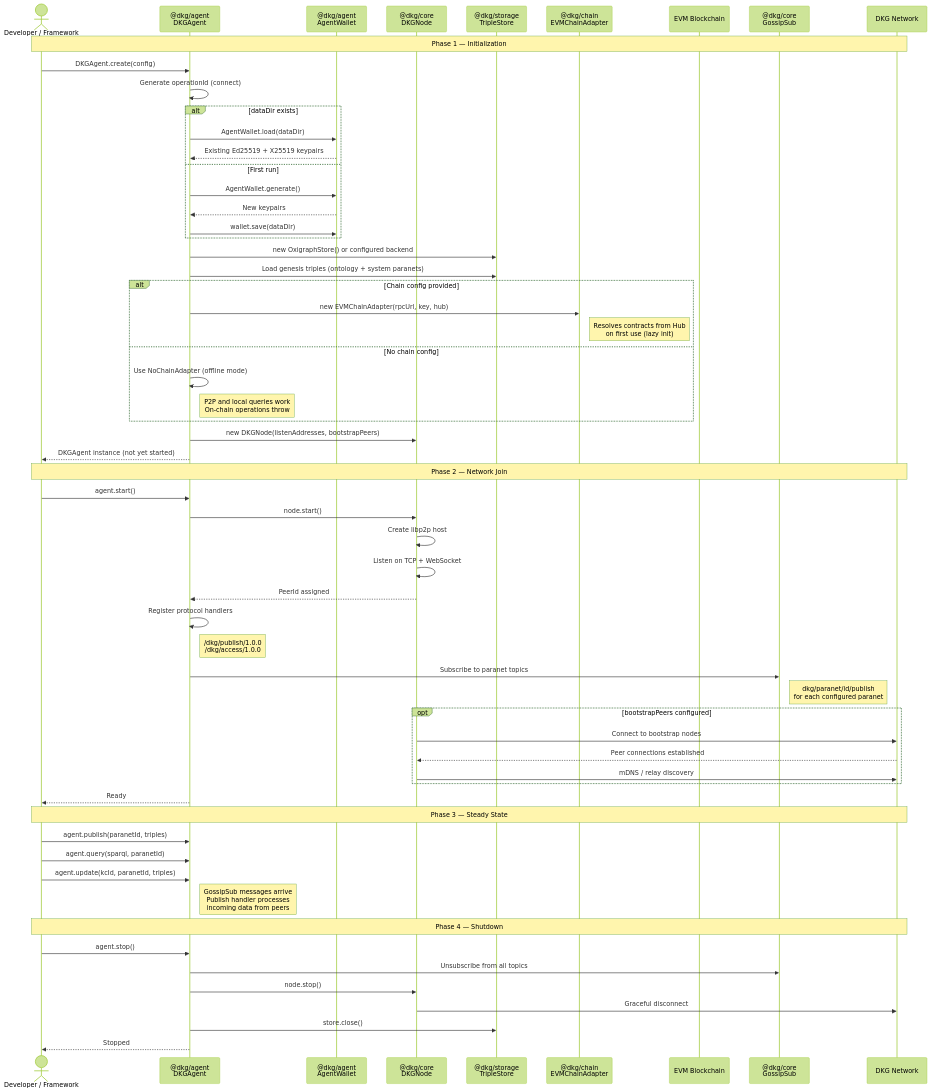
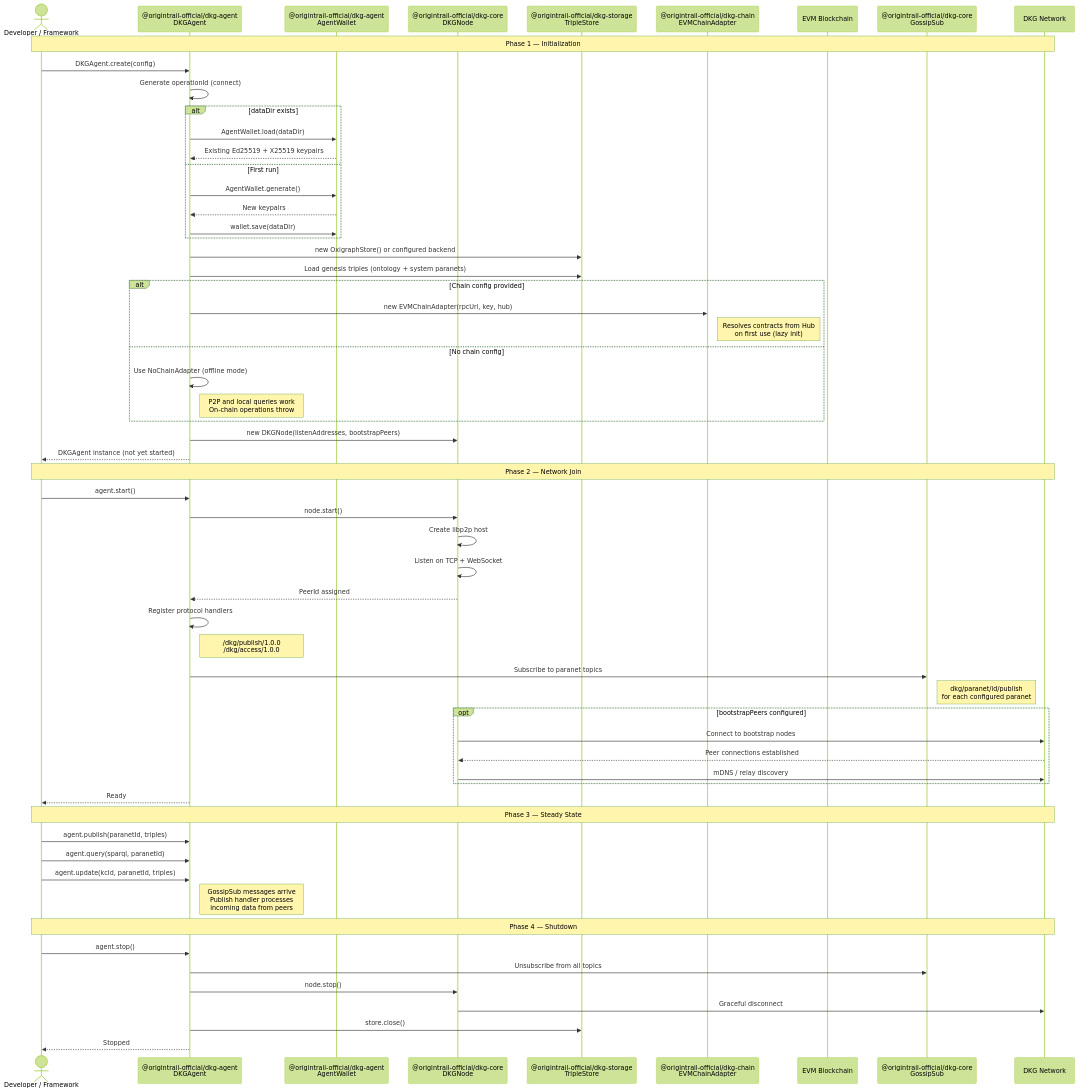
Before and after one commit to OriginTrail/dkg-v9: the diagram in docs/diagrams/agent-lifecycle.md, drawn with Mermaid (forest theme). The commit also changed other lines of this file and 170 other files, not shown here.

First line of the commit message:
feat: rename packages to @origintrail-official scope and prepare npm publishing

````diff
--- a/docs/diagrams/agent-lifecycle.md
+++ b/docs/diagrams/agent-lifecycle.md
@@ -8,79 +8,79 @@
 ```mermaid
 sequenceDiagram
     actor Dev as Developer / Framework
-    participant Agent as @dkg/agent<br/>DKGAgent
-    participant Wallet as @dkg/agent<br/>AgentWallet
-    participant Node as @dkg/core<br/>DKGNode
-    participant Store as @dkg/storage<br/>TripleStore
-    participant Chain as @dkg/chain<br/>EVMChainAdapter
+    participant Agent as @origintrail-official/dkg-agent<br/>DKGAgent
+    participant Wallet as @origintrail-official/dkg-agent<br/>AgentWallet
+    participant Node as @origintrail-official/dkg-core<br/>DKGNode
+    participant Store as @origintrail-official/dkg-storage<br/>TripleStore
+    participant Chain as @origintrail-official/dkg-chain<br/>EVMChainAdapter
     participant EVM as EVM Blockchain
-    participant Gossip as @dkg/core<br/>GossipSub
+    participant Gossip as @origintrail-official/dkg-core<br/>GossipSub
     participant Peers as DKG Network
 
     Note over Dev,Peers: Phase 1 — Initialization
 
     Dev ->> Agent: DKGAgent.create(config)
     Agent ->> Agent: Generate operationId (connect)
 
     alt dataDir exists
         Agent ->> Wallet: AgentWallet.load(dataDir)
         Wallet -->> Agent: Existing Ed25519 + X25519 keypairs
     else First run
         Agent ->> Wallet: AgentWallet.generate()
         Wallet -->> Agent: New keypairs
         Agent ->> Wallet: wallet.save(dataDir)
     end
 
     Agent ->> Store: new OxigraphStore() or configured backend
     Agent ->> Store: Load genesis triples (ontology + system paranets)
 
     alt Chain config provided
         Agent ->> Chain: new EVMChainAdapter(rpcUrl, key, hub)
         Note right of Chain: Resolves contracts from Hub<br/>on first use (lazy init)
     else No chain config
         Agent ->> Agent: Use NoChainAdapter (offline mode)
         Note right of Agent: P2P and local queries work<br/>On-chain operations throw
     end
 
     Agent ->> Node: new DKGNode(listenAddresses, bootstrapPeers)
     Agent -->> Dev: DKGAgent instance (not yet started)
 
     Note over Dev,Peers: Phase 2 — Network Join
 
     Dev ->> Agent: agent.start()
     Agent ->> Node: node.start()
     Node ->> Node: Create libp2p host
     Node ->> Node: Listen on TCP + WebSocket
     Node -->> Agent: PeerId assigned
 
     Agent ->> Agent: Register protocol handlers
     Note right of Agent: /dkg/publish/1.0.0<br/>/dkg/access/1.0.0
 
     Agent ->> Gossip: Subscribe to paranet topics
     Note right of Gossip: dkg/paranet/id/publish<br/>for each configured paranet
 
     opt bootstrapPeers configured
         Node ->> Peers: Connect to bootstrap nodes
         Peers -->> Node: Peer connections established
         Node ->> Peers: mDNS / relay discovery
     end
 
     Agent -->> Dev: Ready
 
     Note over Dev,Peers: Phase 3 — Steady State
 
     Dev ->> Agent: agent.publish(paranetId, triples)
     Dev ->> Agent: agent.query(sparql, paranetId)
     Dev ->> Agent: agent.update(kcId, paranetId, triples)
 
     Note right of Agent: GossipSub messages arrive<br/>Publish handler processes<br/>incoming data from peers
 
     Note over Dev,Peers: Phase 4 — Shutdown
 
     Dev ->> Agent: agent.stop()
     Agent ->> Gossip: Unsubscribe from all topics
     Agent ->> Node: node.stop()
     Node ->> Peers: Graceful disconnect
     Agent ->> Store: store.close()
     Agent -->> Dev: Stopped
 ```
````
